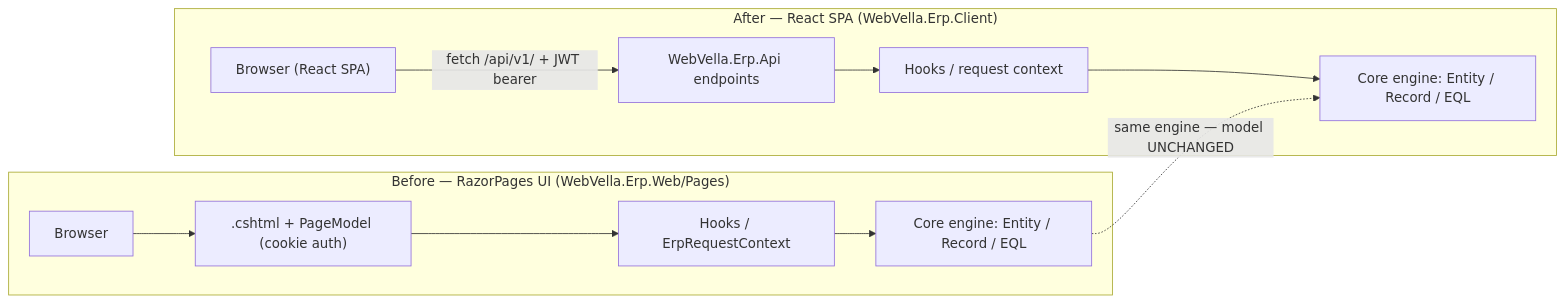
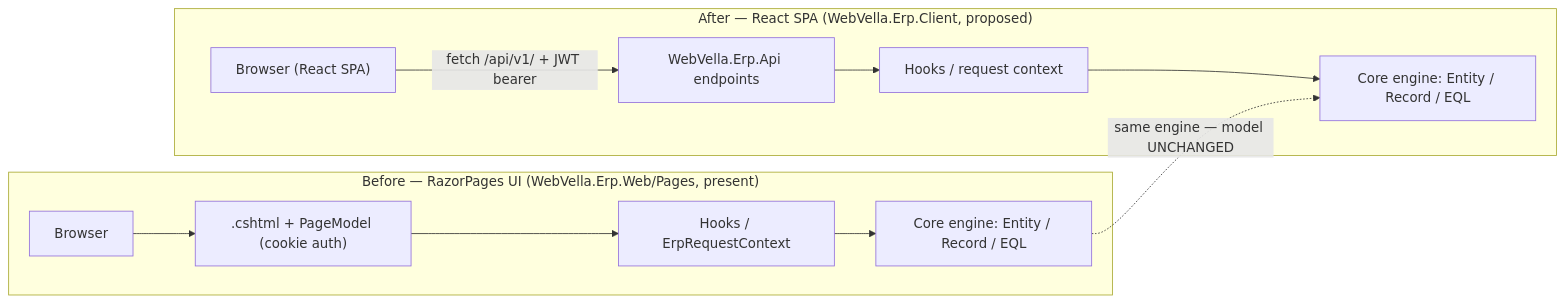
Before and after one commit to Blitzy-Sandbox/blitzy-WebVella-ERP: the diagram in docs/migration/razorpages-to-react.md, drawn with Mermaid. The commit also changed other lines of this file and 38 other files, not shown here.

````diff
--- a/docs/migration/razorpages-to-react.md
+++ b/docs/migration/razorpages-to-react.md
@@ -59,14 +63,14 @@
 ```mermaid
 graph LR
-    subgraph Legacy["Before — RazorPages UI (WebVella.Erp.Web/Pages)"]
+    subgraph Legacy["Before — RazorPages UI (WebVella.Erp.Web/Pages, present)"]
         L1["Browser"] --> L2[".cshtml + PageModel (cookie auth)"]
         L2 --> L3["Hooks / ErpRequestContext"]
         L3 --> ENG["Core engine: Entity / Record / EQL"]
     end
-    subgraph Target["After — React SPA (WebVella.Erp.Client)"]
+    subgraph Target["After — React SPA (WebVella.Erp.Client, proposed)"]
         T1["Browser (React SPA)"] -->|"fetch /api/v1/ + JWT bearer"| T2["WebVella.Erp.Api endpoints"]
         T2 --> T3["Hooks / request context"]
         T3 --> ENG2["Core engine: Entity / Record / EQL"]
     end
     ENG -. "same engine — model UNCHANGED" .-> ENG2
 ```
````
